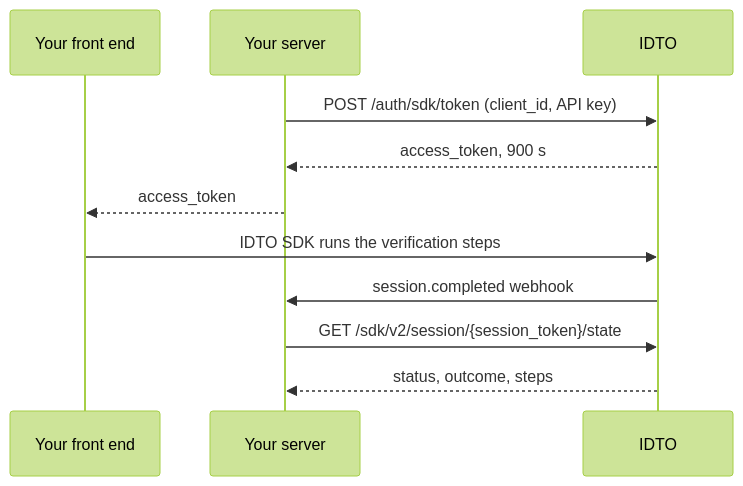
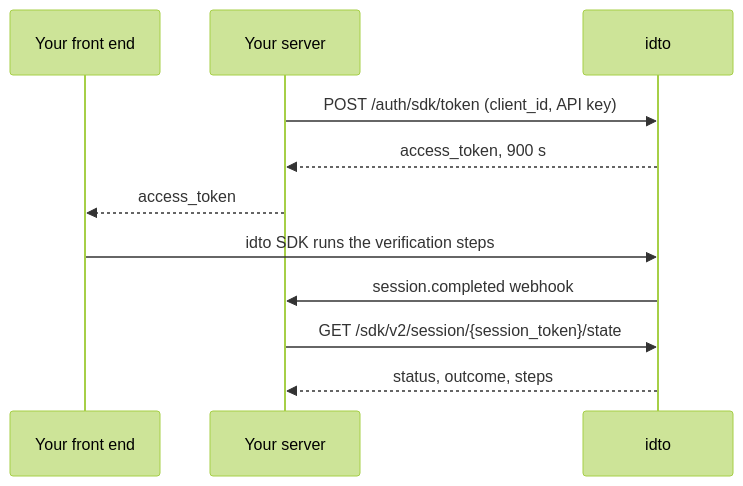
The diagram in products/integration/overview.mdx (dev-payvriz/docs), drawn with Mermaid (forest theme) before and after one commit. The commit also changed other lines of this file and 90 other files, not shown here.

````diff
--- a/products/integration/overview.mdx
+++ b/products/integration/overview.mdx
@@ -11,13 +11,13 @@
 ```mermaid
 sequenceDiagram
     participant B as Your front end
     participant S as Your server
-    participant I as IDTO
+    participant I as idto
     S->>I: POST /auth/sdk/token (client_id, API key)
     I-->>S: access_token, 900 s
     S-->>B: access_token
-    B->>I: IDTO SDK runs the verification steps
+    B->>I: idto SDK runs the verification steps
     I->>S: session.completed webhook
     S->>I: GET /sdk/v2/session/{session_token}/state
     I-->>S: status, outcome, steps
 ```
````
